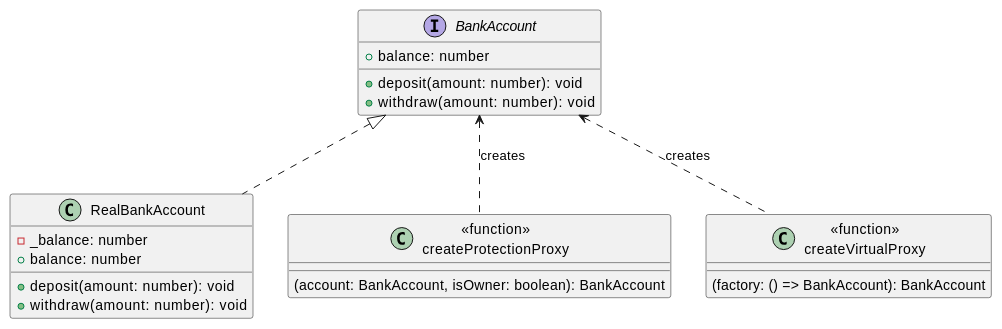
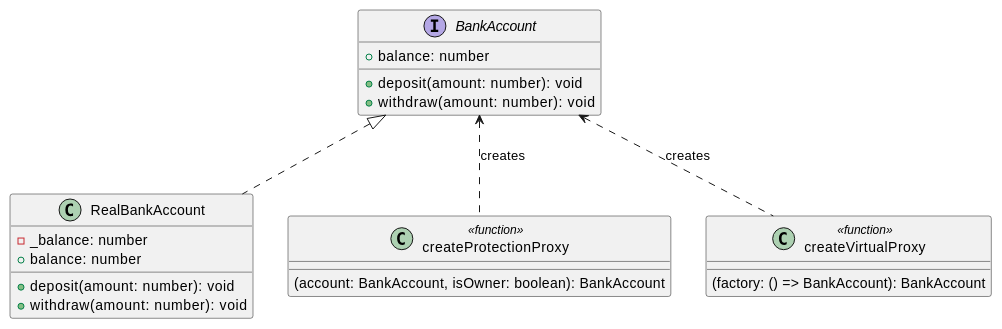
Before and after one commit to k2works/getting-started-design-pattern: the diagram in docs/article/typescript/11-proxy.md, drawn with PlantUML. The commit also changed 73 other files, not shown here.

Commit message:
docs(article): PlantUML 表記と記事ナビゲーションを整理

````diff
--- a/docs/article/typescript/11-proxy.md
+++ b/docs/article/typescript/11-proxy.md
@@ -9,28 +9,28 @@
 ```plantuml
 @startuml
 interface BankAccount {
   + deposit(amount: number): void
   + withdraw(amount: number): void
   + balance: number
 }
 
 class RealBankAccount {
   - _balance: number
   + deposit(amount: number): void
   + withdraw(amount: number): void
   + balance: number
 }
 
-class "<<function>>\ncreateProtectionProxy" as PP {
+class "createProtectionProxy" as PP <<function>> {
   (account: BankAccount, isOwner: boolean): BankAccount
 }
 
-class "<<function>>\ncreateVirtualProxy" as VP {
+class "createVirtualProxy" as VP <<function>> {
   (factory: () => BankAccount): BankAccount
 }
 
 BankAccount <|.. RealBankAccount
 BankAccount <.. PP : creates
 BankAccount <.. VP : creates
 @enduml
 ```
````
